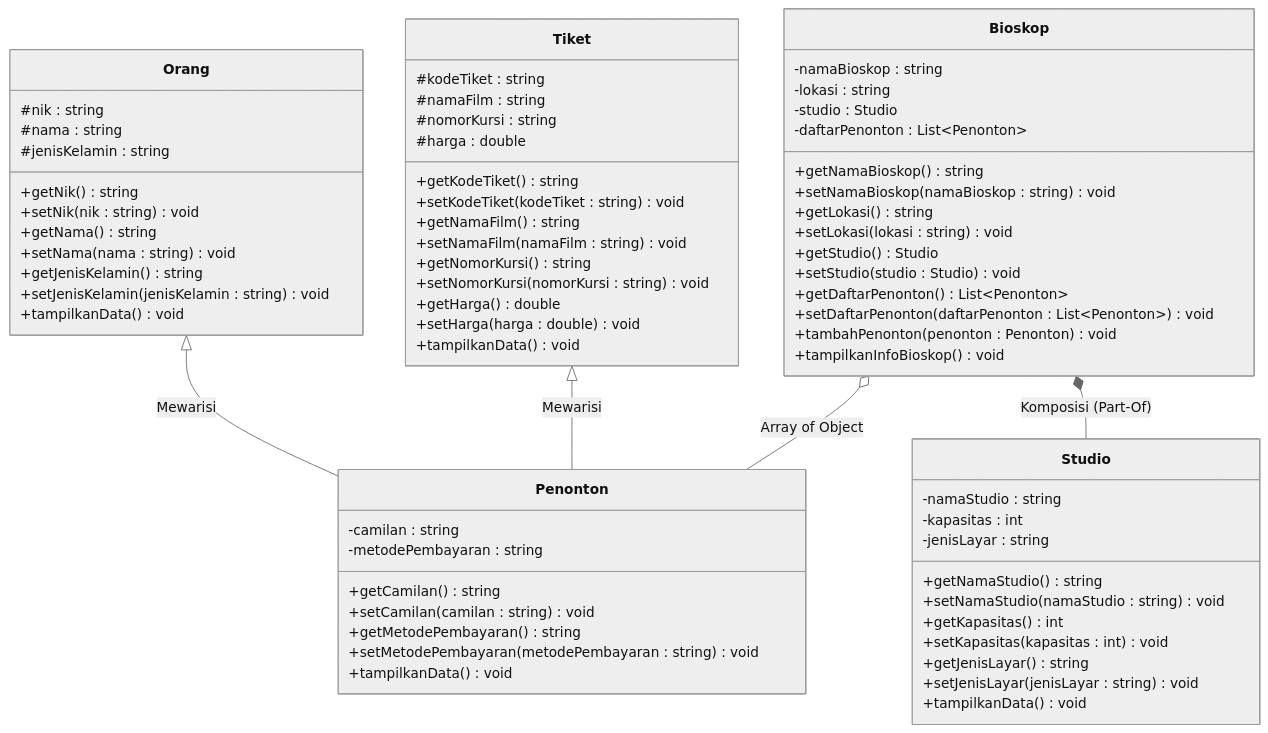
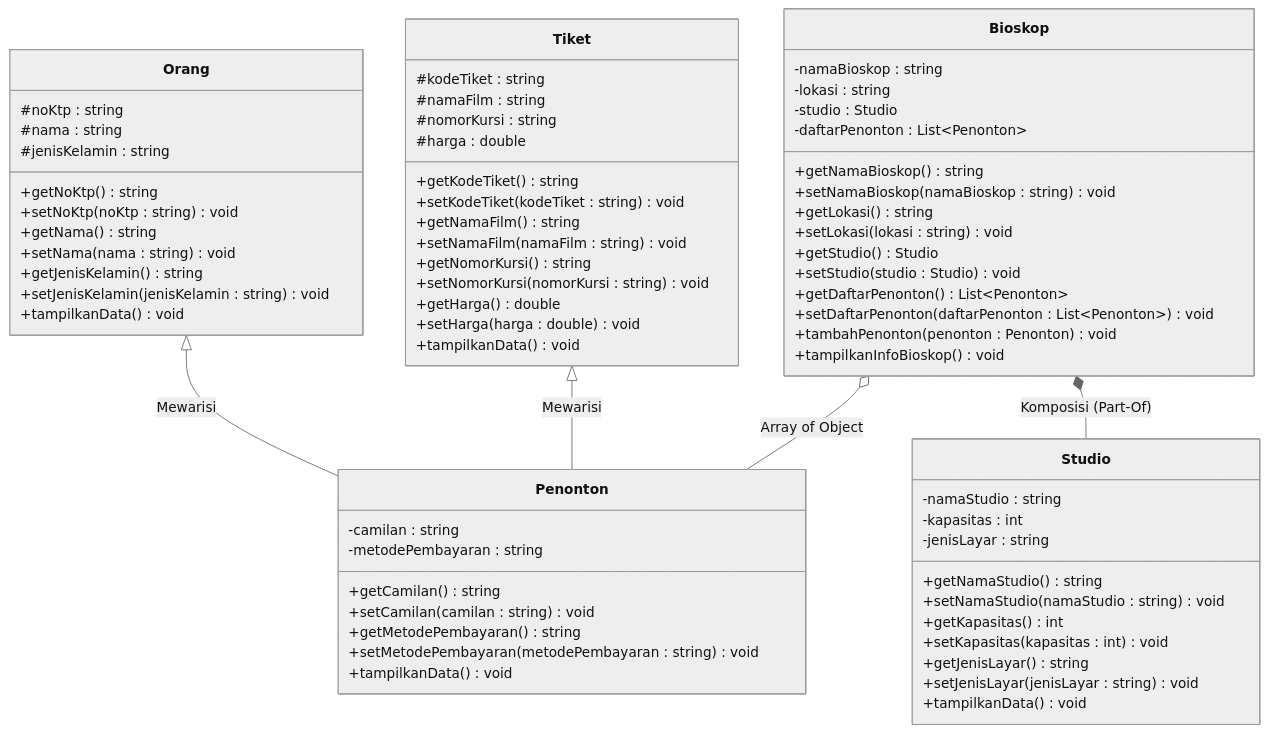
Before and after one commit to Zidane-m/TP3DPBO2526C2: the diagram in README.md, drawn with Mermaid (neutral theme). The commit also changed other lines of this file and 10 other files, not shown here.

````diff
--- a/README.md
+++ b/README.md
@@ -18,76 +18,76 @@
 ```mermaid
 classDiagram
     Orang <|-- Penonton : Mewarisi
     Tiket <|-- Penonton : Mewarisi
     Bioskop *-- Studio : Komposisi (Part-Of)
     Bioskop o-- Penonton : Array of Object
 
     class Orang {
-        #nik : string
+        #noKtp : string
         #nama : string
         #jenisKelamin : string
-        +getNik() string
-        +setNik(nik : string) void
+        +getNoKtp() string
+        +setNoKtp(noKtp : string) void
         +getNama() string
         +setNama(nama : string) void
         +getJenisKelamin() string
         +setJenisKelamin(jenisKelamin : string) void
         +tampilkanData() void
     }
 
     class Tiket {
         #kodeTiket : string
         #namaFilm : string
         #nomorKursi : string
         #harga : double
         +getKodeTiket() string
         +setKodeTiket(kodeTiket : string) void
         +getNamaFilm() string
         +setNamaFilm(namaFilm : string) void
         +getNomorKursi() string
         +setNomorKursi(nomorKursi : string) void
         +getHarga() double
         +setHarga(harga : double) void
         +tampilkanData() void
     }
 
     class Penonton {
         -camilan : string
         -metodePembayaran : string
         +getCamilan() string
         +setCamilan(camilan : string) void
         +getMetodePembayaran() string
         +setMetodePembayaran(metodePembayaran : string) void
         +tampilkanData() void
     }
 
     class Studio {
         -namaStudio : string
         -kapasitas : int
         -jenisLayar : string
         +getNamaStudio() string
         +setNamaStudio(namaStudio : string) void
         +getKapasitas() int
         +setKapasitas(kapasitas : int) void
         +getJenisLayar() string
         +setJenisLayar(jenisLayar : string) void
         +tampilkanData() void
     }
 
     class Bioskop {
         -namaBioskop : string
         -lokasi : string
         -studio : Studio
         -daftarPenonton : List~Penonton~
         +getNamaBioskop() string
         +setNamaBioskop(namaBioskop : string) void
         +getLokasi() string
         +setLokasi(lokasi : string) void
         +getStudio() Studio
         +setStudio(studio : Studio) void
         +getDaftarPenonton() List~Penonton~
         +setDaftarPenonton(daftarPenonton : List~Penonton~) void
         +tambahPenonton(penonton : Penonton) void
         +tampilkanInfoBioskop() void
     }
 ```
````
